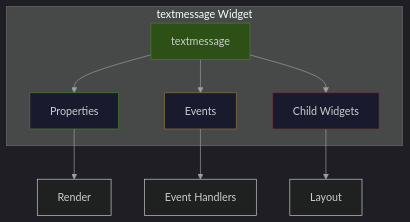
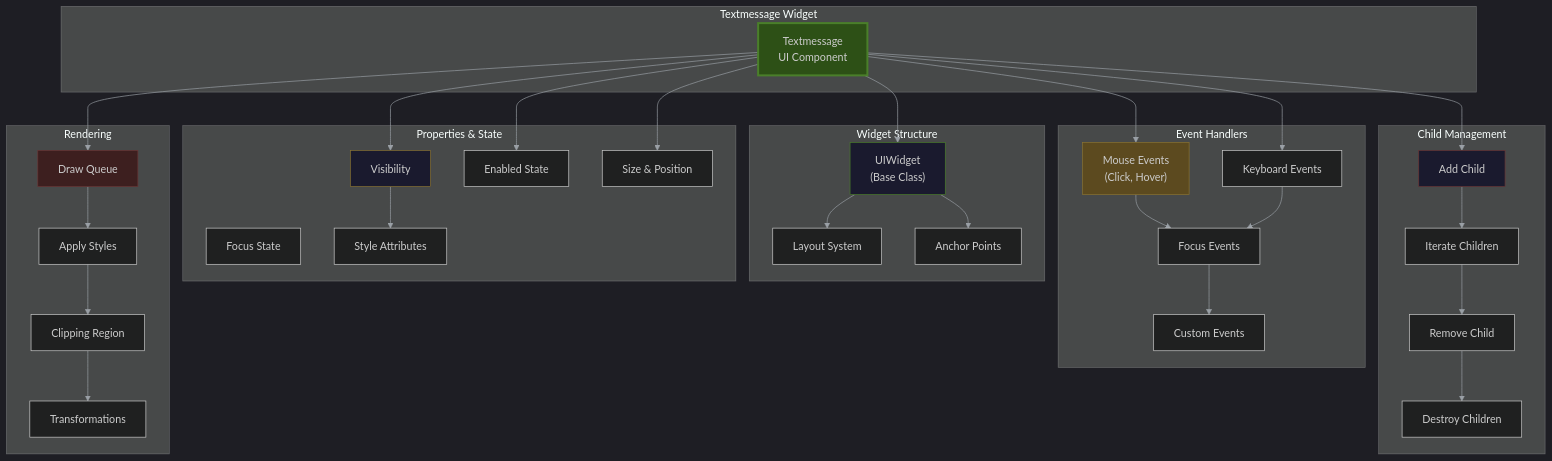
Before and after one commit to lukaszj321/otcv8-dev: the diagram in docs/authoring/04_ui/otui/diagrams/textmessage.mmd, drawn with Mermaid. The commit also changed 189 other files, not shown here.

Commit message:
refactor: redesign all diagrams with proper structure and categorization

```diff
--- a/docs/authoring/04_ui/otui/diagrams/textmessage.mmd
+++ b/docs/authoring/04_ui/otui/diagrams/textmessage.mmd
@@ -1,17 +1,72 @@
 %%{init: {'theme':'dark','themeVariables': {'primaryTextColor':'#ddd','lineColor':'#9aa0a6'},'securityLevel':'loose'}}%%
 graph TB
-    subgraph "textmessage Widget"
-        W["textmessage"]
-        W --> Props["Properties"]
-        W --> Events["Events"]
-        W --> Children["Child Widgets"]
+    subgraph Widget["Textmessage Widget"]
+        W["Textmessage<br/>UI Component"]
     end
     
-    Props --> Render["Render"]
-    Events --> Handlers["Event Handlers"]
-    Children --> Layout["Layout"]
+    subgraph Structure["Widget Structure"]
+        BASE["UIWidget<br/>(Base Class)"]
+        LAYOUT["Layout System"]
+        ANCHORS["Anchor Points"]
+    end
     
-    style W fill:#2d5016,stroke:#4a7f2a
-    style Props fill:#1a1a2e,stroke:#4a7f2a
-    style Events fill:#1a1a2e,stroke:#8b7332
-    style Children fill:#1a1a2e,stroke:#6b3535
+    subgraph Properties["Properties & State"]
+        VISIBLE["Visibility"]
+        ENABLED["Enabled State"]
+        FOCUS["Focus State"]
+        SIZE["Size & Position"]
+        STYLE["Style Attributes"]
+    end
+    
+    subgraph Events["Event Handlers"]
+        MOUSE["Mouse Events<br/>(Click, Hover)"]
+        KEYBOARD["Keyboard Events"]
+        FOCUS_EV["Focus Events"]
+        CUSTOM["Custom Events"]
+    end
+    
+    subgraph Children["Child Management"]
+        ADD["Add Child"]
+        REMOVE["Remove Child"]
+        ITERATE["Iterate Children"]
+        DESTROY["Destroy Children"]
+    end
+    
+    subgraph Rendering["Rendering"]
+        DRAW["Draw Queue"]
+        STYLE_RENDER["Apply Styles"]
+        CLIP["Clipping Region"]
+        TRANSFORM["Transformations"]
+    end
+    
+    W --> BASE
+    BASE --> LAYOUT
+    BASE --> ANCHORS
+    
+    W --> VISIBLE
+    W --> ENABLED
+    W --> SIZE
+    VISIBLE --> STYLE
+    
+    W --> MOUSE
+    W --> KEYBOARD
+    MOUSE --> FOCUS_EV
+    KEYBOARD --> FOCUS_EV
+    FOCUS_EV --> CUSTOM
+    
+    W --> ADD
+    ADD --> ITERATE
+    ITERATE --> REMOVE
+    REMOVE --> DESTROY
+    
+    W --> DRAW
+    DRAW --> STYLE_RENDER
+    STYLE_RENDER --> CLIP
+    CLIP --> TRANSFORM
+    
+    style W fill:#2d5016,stroke:#4a7f2a,stroke-width:3px
+    style BASE fill:#1a1a2e,stroke:#4a7f2a
+    style VISIBLE fill:#1a1a2e,stroke:#8b7332
+    style MOUSE fill:#5c4a1f,stroke:#8b7332
+    style ADD fill:#1a1a2e,stroke:#6b3535
+    style DRAW fill:#3d1f1f,stroke:#6b3535
```
